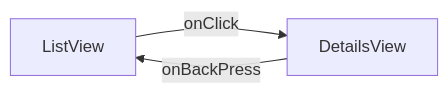
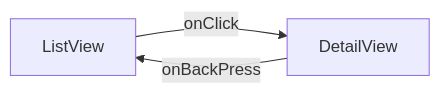
Before and after one commit to binusada/LotteryApp: the diagram in README.md, drawn with Mermaid. The commit also changed other lines of this file, not shown here.

Commit message:
Update README.md
updated typos

````diff
--- a/README.md
+++ b/README.md
@@ -12,5 +12,5 @@
 ```mermaid
 graph LR
-A[ListView] -- onClick --> B[DetailsView]
+A[ListView] -- onClick --> B[DetailView]
 B -- onBackPress --> A
 ```
````
